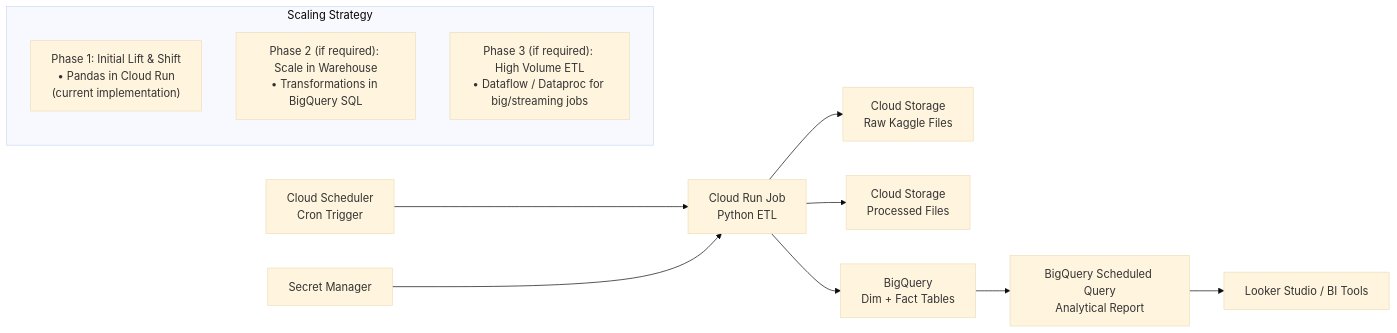
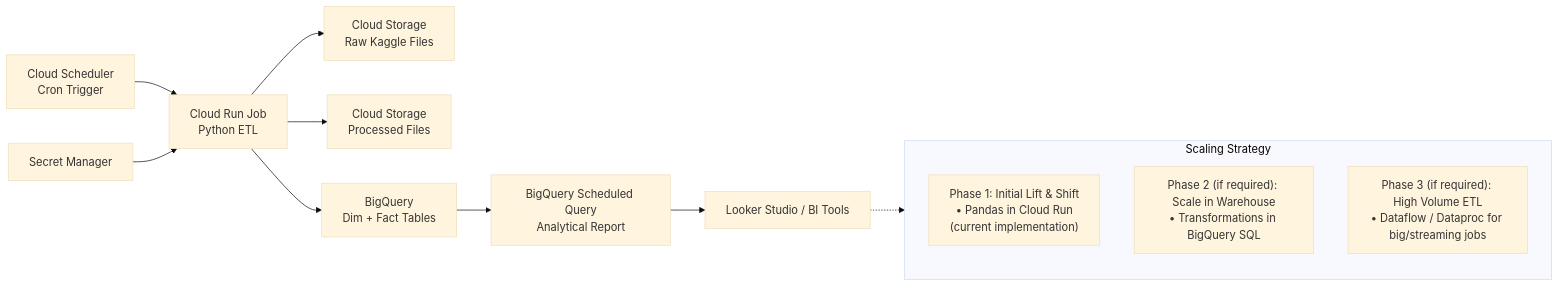
The diagram in gcp_architecture.md (arthurlouieferrari-dot/supermarket-etl-gcp), drawn with Mermaid (base theme) before and after one commit.

````diff
--- a/gcp_architecture.md
+++ b/gcp_architecture.md
@@ -3,26 +3,29 @@
 ```mermaid
 flowchart LR
     CS[Cloud Scheduler<br/>Cron Trigger]
     CR[Cloud Run Job<br/>Python ETL]
     SM[Secret Manager]
     RAW[Cloud Storage<br/>Raw Kaggle Files]
     PROC[Cloud Storage<br/>Processed Files]
     BQ[BigQuery<br/>Dim + Fact Tables]
     BQREP[BigQuery Scheduled Query<br/>Analytical Report]
     BI[Looker Studio / BI Tools]
 
     CS --> CR
     SM --> CR
     CR --> RAW
     CR --> PROC
     CR --> BQ
     BQ --> BQREP
     BQREP --> BI
 
+    %% Force scaling notes to bottom by linking BI -> Scale (invisibly)
+    BI -.-> Scale
+
     %% Strategy Notes (Not connected to graph)
     subgraph Scale [Scaling Strategy]
         A["Phase 1: Initial Lift & Shift<br/>• Pandas in Cloud Run<br/>(current implementation)"]
         B["Phase 2 (if required): Scale in Warehouse<br/>• Transformations in BigQuery SQL"]
         C["Phase 3 (if required): High Volume ETL<br/>• Dataflow / Dataproc for big/streaming jobs"]
     end
 ```
````
